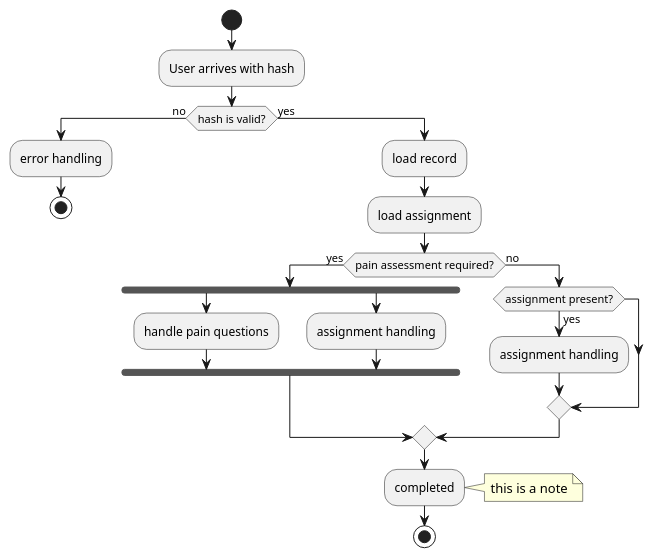
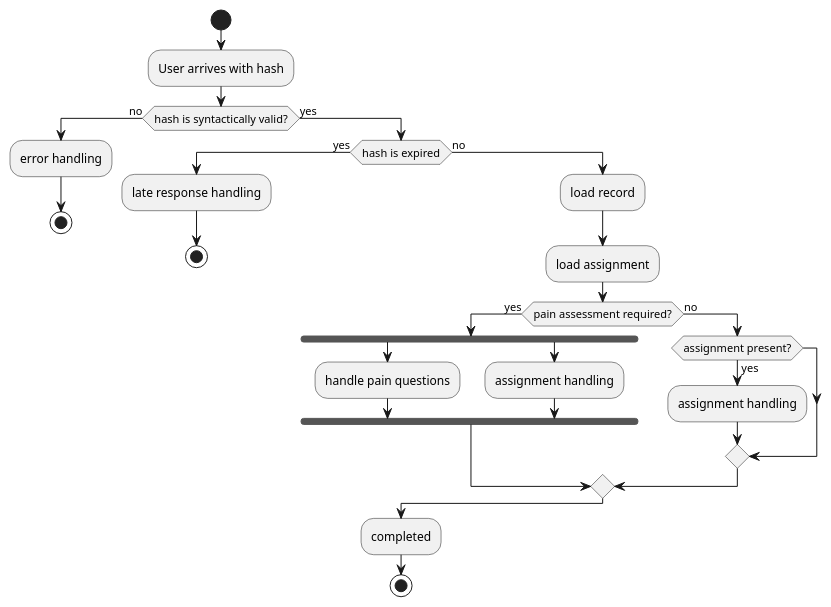
One commit to PainNarrativesLab/PainPrayerProject changed the diagram in docs/response_activity.puml. Above: the diagram before and after it, drawn with PlantUML. The commit also changed 33 other files, not shown here.

```diff
--- a/docs/response_activity.puml
+++ b/docs/response_activity.puml
@@ -1,30 +1,31 @@
 @startuml
 
 start
 :User arrives with hash;
-if (hash is valid?) then (no)
+if (hash is syntactically valid?) then (no)
   :error handling;
   stop
 else (yes)
-  :load record;
-  :load assignment;
-  if(pain assessment required?) then (yes)
-    fork
-        :handle pain questions;
-    fork again
-        :assignment handling;
-    end fork
-  else (no)
-    if(assignment present?) then (yes)
-        :assignment handling;
+    if(hash is expired) then (yes)
+        :late response handling;
+        stop
+    else(no)
+        :load record;
+        :load assignment;
+        if(pain assessment required?) then (yes)
+            fork
+                :handle pain questions;
+            fork again
+                :assignment handling;
+            end fork
+        else (no)
+            if(assignment present?) then (yes)
+                :assignment handling;
+            endif
+        endif
     endif
-  endif
-    :completed;
-
-  note right
-    this is a note
-  end note
+        :completed;
   stop
 endif
 
 @enduml
```
